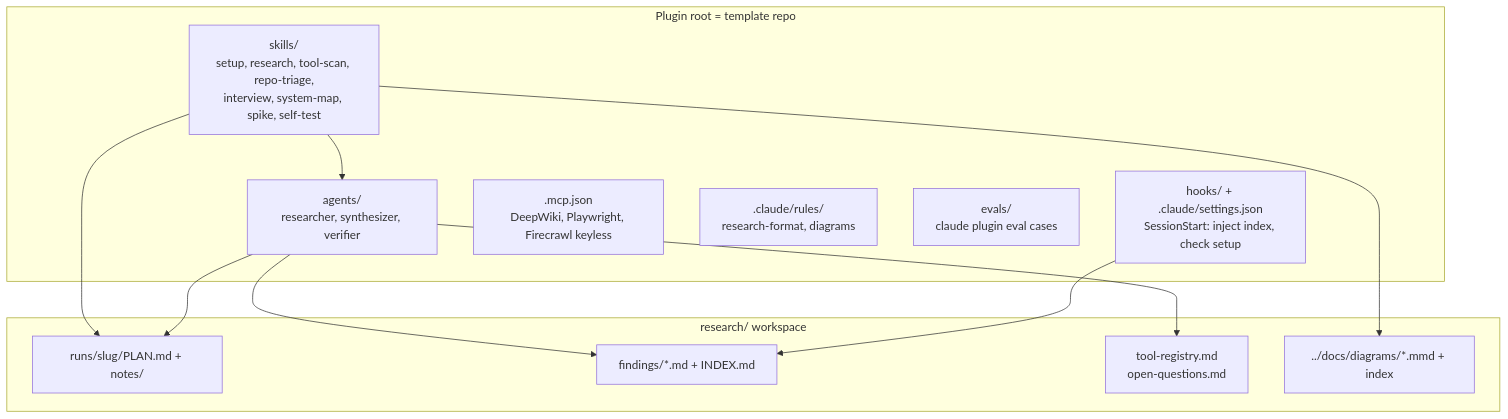
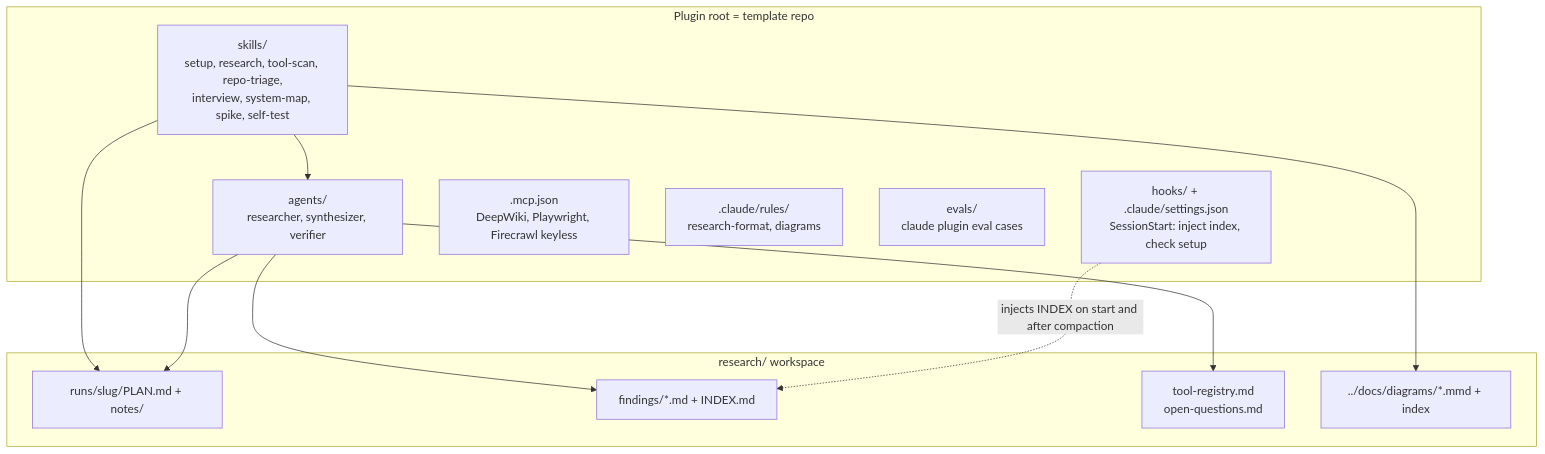
The diagram in docs/diagrams/c2-containers.mmd (jcallahanp/Autonomy-Research), drawn with Mermaid before and after one commit. The commit also changed 2 other files, not shown here.

Commit message:
Apply builder-check fixes to proposal; fix sequence diagram syntax
Claude-Session: https://claude.ai/code/session_01UqbxxBVWfezG5Kvm3jnGwS

```diff
--- a/docs/diagrams/c2-containers.mmd
+++ b/docs/diagrams/c2-containers.mmd
@@ -1,22 +1,22 @@
 flowchart TB
   subgraph plugin[Plugin root = template repo]
     skills[skills/<br/>setup, research, tool-scan, repo-triage,<br/>interview, system-map, spike, self-test]
     agents[agents/<br/>researcher, synthesizer, verifier]
     hooks[hooks/ + .claude/settings.json<br/>SessionStart: inject index, check setup]
     mcp[.mcp.json<br/>DeepWiki, Playwright, Firecrawl keyless]
     rules[.claude/rules/<br/>research-format, diagrams]
     evals[evals/<br/>claude plugin eval cases]
   end
   subgraph ws[research/ workspace]
     plan[runs/slug/PLAN.md + notes/]
     findings[findings/*.md + INDEX.md]
     registry[tool-registry.md<br/>open-questions.md]
     diagrams[../docs/diagrams/*.mmd + index]
   end
   skills --> agents
   skills --> plan
   agents --> plan
   agents --> findings
   agents --> registry
   skills --> diagrams
-  hooks --> findings
+  hooks -. "injects INDEX on start and after compaction" .-> findings
```
